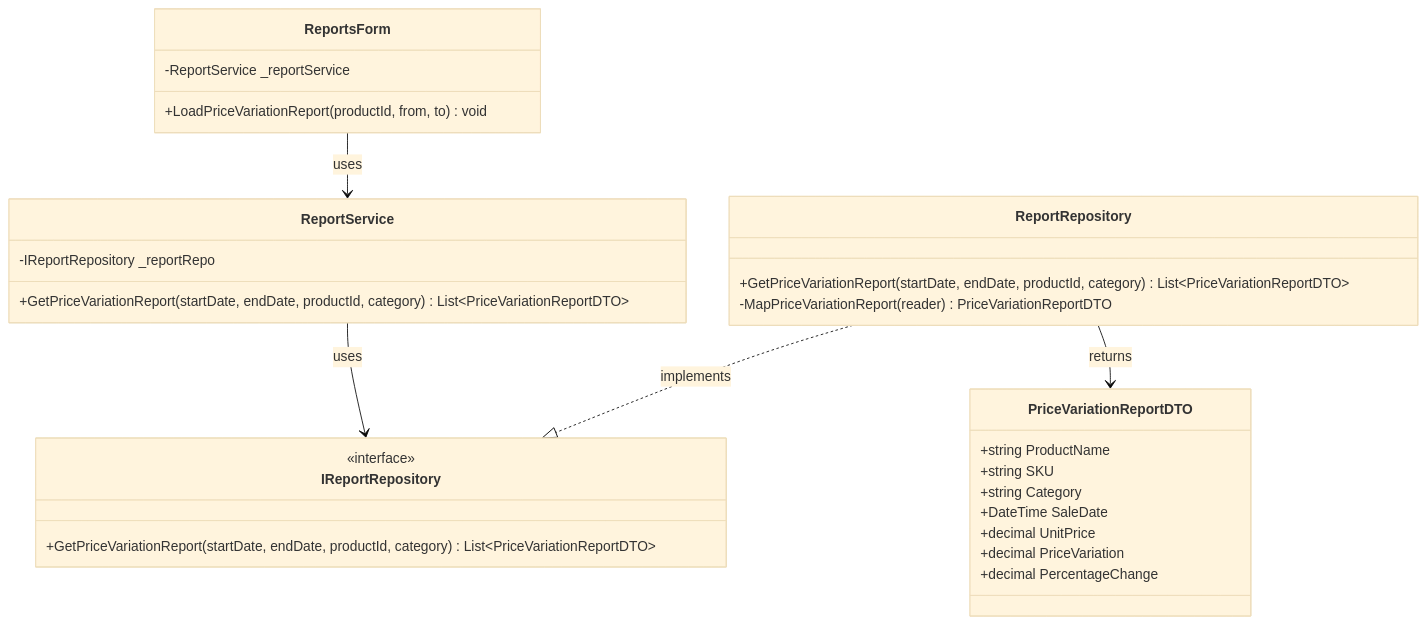
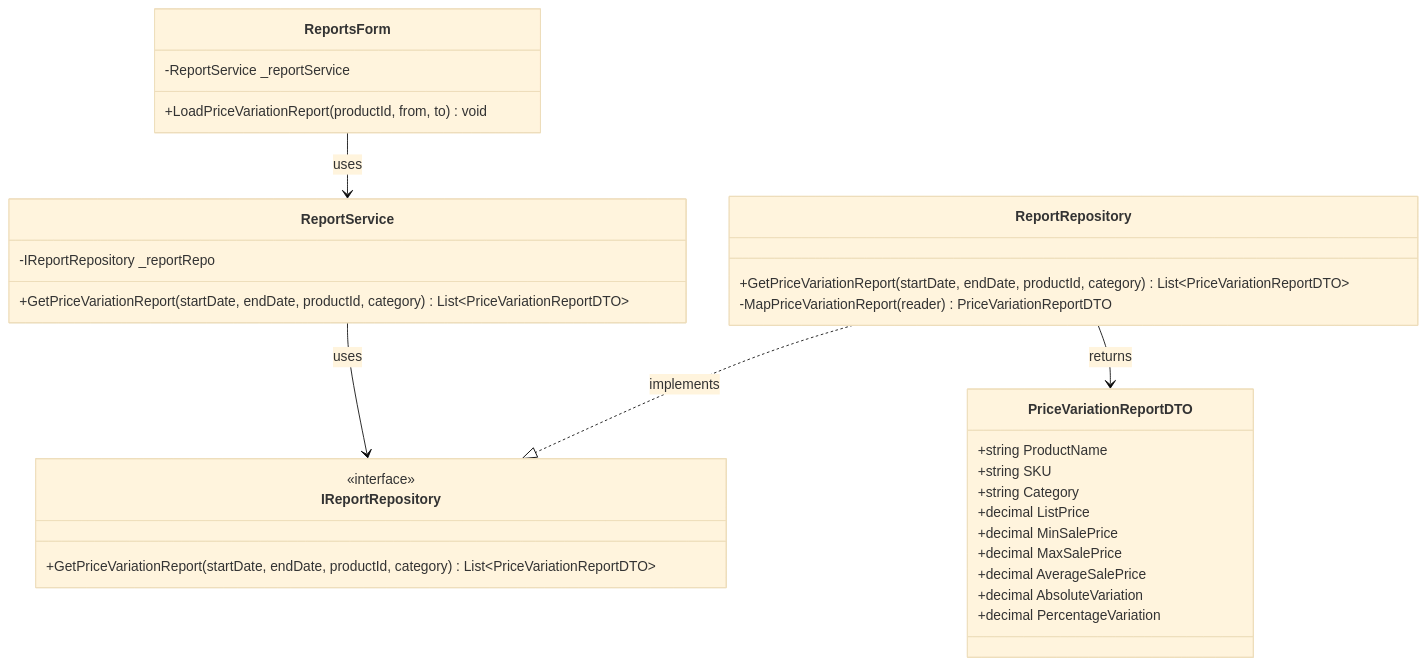
One commit to nahuk86/tp_diploma_nk_2026 changed the fourth of 7 diagrams in Documentation/UML_Diagrams/09_Reports_Management_Process_Class_Diagram.md. Above: the diagram before and after it, drawn with Mermaid (base theme). The commit also changed other lines of this file and 4 other files, not shown here.

Commit message:
Update UML diagrams 08-12 to reflect actual implementation

````diff
--- a/Documentation/UML_Diagrams/09_Reports_Management_Process_Class_Diagram.md
+++ b/Documentation/UML_Diagrams/09_Reports_Management_Process_Class_Diagram.md
@@ -144,37 +147,39 @@
 ```mermaid
 classDiagram
     class ReportsForm {
         -ReportService _reportService
         +LoadPriceVariationReport(productId, from, to) void
     }
 
     class ReportService {
         -IReportRepository _reportRepo
         +GetPriceVariationReport(startDate, endDate, productId, category) List~PriceVariationReportDTO~
     }
 
     class IReportRepository {
         <<interface>>
         +GetPriceVariationReport(startDate, endDate, productId, category) List~PriceVariationReportDTO~
     }
 
     class ReportRepository {
         +GetPriceVariationReport(startDate, endDate, productId, category) List~PriceVariationReportDTO~
         -MapPriceVariationReport(reader) PriceVariationReportDTO
     }
 
     class PriceVariationReportDTO {
         +string ProductName
         +string SKU
         +string Category
-        +DateTime SaleDate
-        +decimal UnitPrice
-        +decimal PriceVariation
-        +decimal PercentageChange
+        +decimal ListPrice
+        +decimal MinSalePrice
+        +decimal MaxSalePrice
+        +decimal AverageSalePrice
+        +decimal AbsoluteVariation
+        +decimal PercentageVariation
     }
 
     ReportsForm --> ReportService : uses
     ReportService --> IReportRepository : uses
     ReportRepository ..|> IReportRepository : implements
     ReportRepository --> PriceVariationReportDTO : returns
 ```
````
